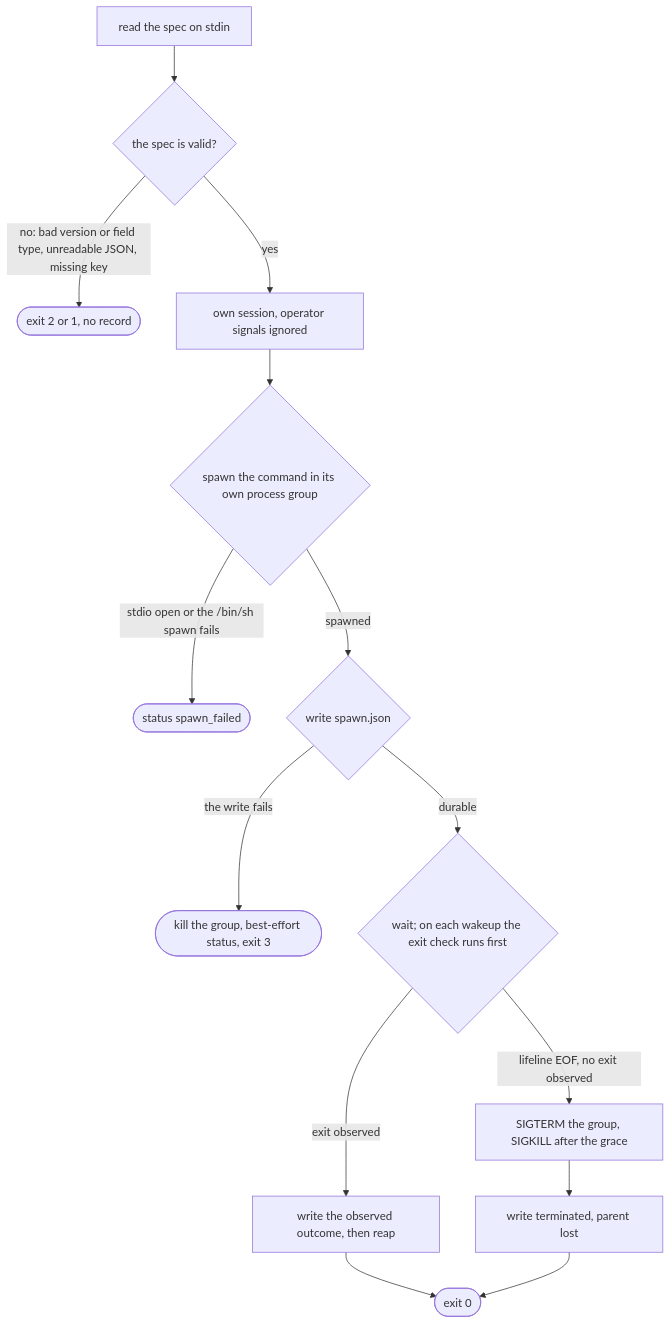
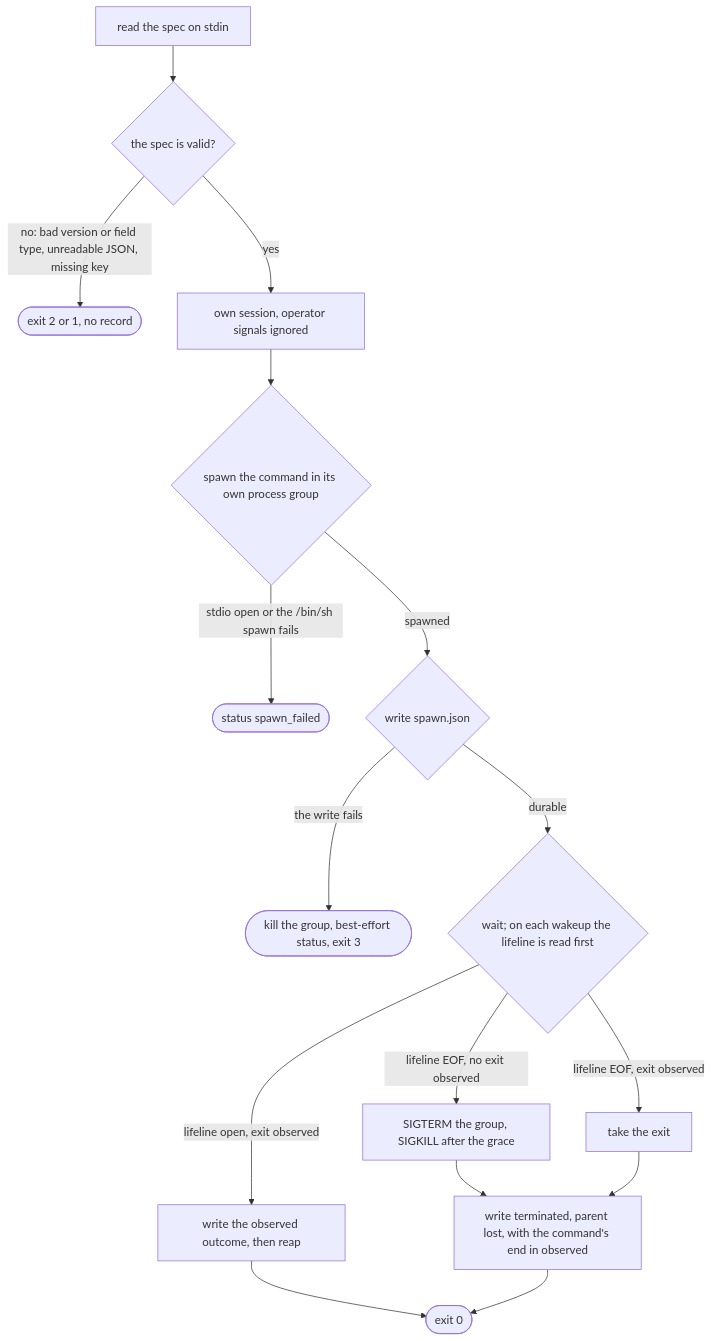
Before and after one commit to mrbald/dsl41: the diagram in docs/blocks/wrapper.md, drawn with Mermaid. The commit also changed other lines of this file and 16 other files, not shown here.

First line of the commit message:
DL-503: the wrapper reads the lifeline before the command's exit

````diff
--- a/docs/blocks/wrapper.md
+++ b/docs/blocks/wrapper.md
@@ -32,16 +32,18 @@
 ```mermaid
 flowchart TD
     read["read the spec on stdin"] --> valid{"the spec is valid?"}
     valid -->|"no: bad version or field type, unreadable JSON, missing key"| refused(["exit 2 or 1, no record"])
     valid -->|"yes"| session["own session, operator signals ignored"]
     session --> spawn{"spawn the command in its own process group"}
     spawn -->|"stdio open or the /bin/sh spawn fails"| spawnfail(["status spawn_failed"])
     spawn -->|"spawned"| record{"write spawn.json"}
     record -->|"the write fails"| killed(["kill the group, best-effort status, exit 3"])
-    record -->|"durable"| wait{"wait; on each wakeup the exit check runs first"}
-    wait -->|"exit observed"| exited["write the observed outcome, then reap"]
+    record -->|"durable"| wait{"wait; on each wakeup the lifeline is read first"}
+    wait -->|"lifeline open, exit observed"| exited["write the observed outcome, then reap"]
     wait -->|"lifeline EOF, no exit observed"| lost["SIGTERM the group, SIGKILL after the grace"]
-    lost --> term["write terminated, parent lost"]
+    wait -->|"lifeline EOF, exit observed"| seen["take the exit"]
+    lost --> term["write terminated, parent lost, with the command's end in observed"]
+    seen --> term
     exited --> ok(["exit 0"])
     term --> ok
 ```
````
